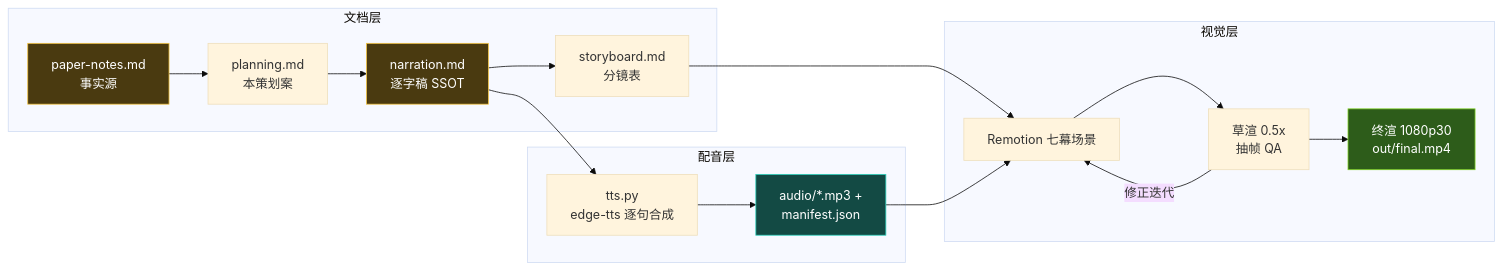
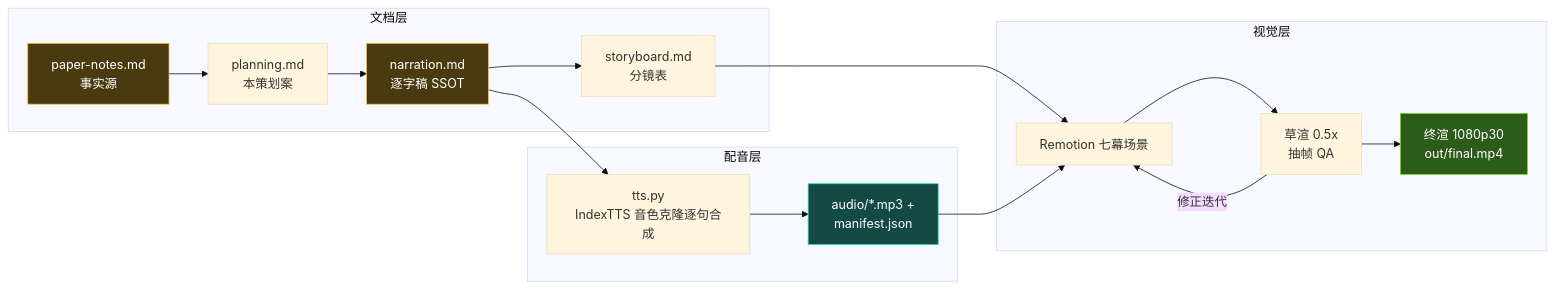
One commit to ThreeFish-AI/negentropy changed the diagram in media/experience-era-agents-video/script/planning.md. Above: the diagram before and after it, drawn with Mermaid (base theme). The commit also changed other lines of this file, not shown here.

First line of the commit message:
docs(video): EP1 planning 时间表按实测重排并清除过时 edge-tts 表述;

````diff
--- a/media/experience-era-agents-video/script/planning.md
+++ b/media/experience-era-agents-video/script/planning.md
@@ -48,23 +48,23 @@
 ```mermaid
 flowchart LR
     subgraph DOC["文档层"]
         A[paper-notes.md<br/>事实源] --> B[planning.md<br/>本策划案]
         B --> C[narration.md<br/>逐字稿 SSOT]
         C --> D[storyboard.md<br/>分镜表]
     end
     subgraph AUDIO["配音层"]
-        C --> E[tts.py<br/>edge-tts 逐句合成]
+        C --> E[tts.py<br/>IndexTTS 音色克隆逐句合成]
         E --> F[audio/*.mp3 +<br/>manifest.json]
     end
     subgraph VIDEO["视觉层"]
         D --> G[Remotion 七幕场景]
         F --> G
         G --> H[草渲 0.5x<br/>抽帧 QA]
         H -->|修正迭代| G
         H --> I[终渲 1080p30<br/>out/final.mp4]
     end
     style A fill:#4a3a10,stroke:#F5C542,color:#fff
     style C fill:#4a3a10,stroke:#F5C542,color:#fff
     style F fill:#134a44,stroke:#2DD4BF,color:#fff
     style I fill:#2d5c1a,stroke:#7ED321,color:#fff
 ```
````
